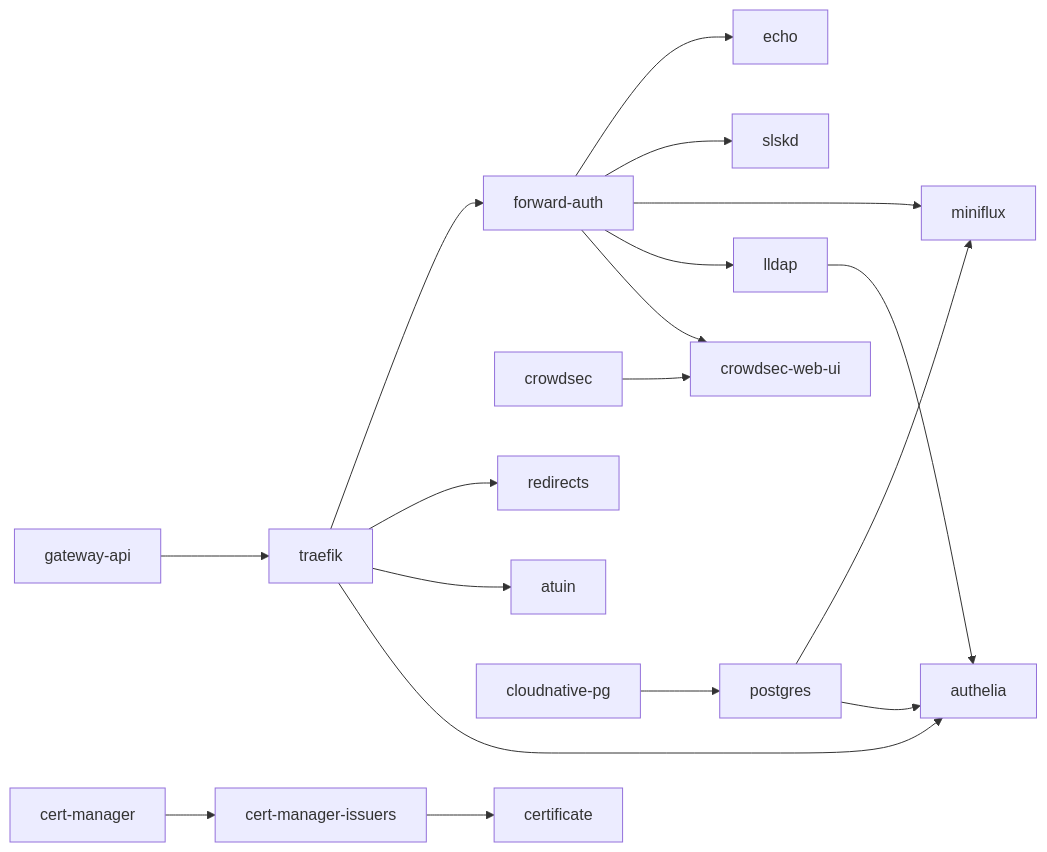
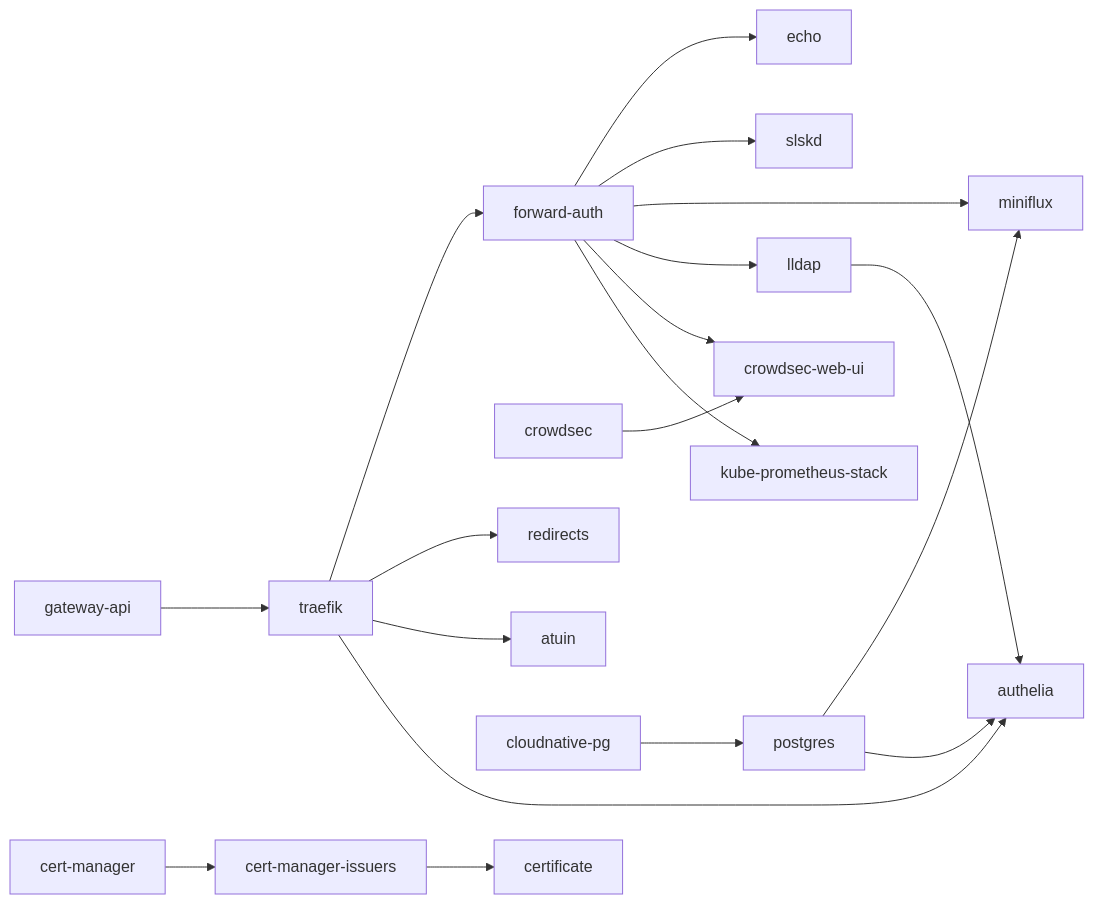
One commit to rafi/machines changed the third of 5 diagrams in docs/architecture.md. Above: the diagram before and after it, drawn with Mermaid. The commit also changed other lines of this file and 4 other files, not shown here.

Commit message:
feat(kube): expose Grafana, Prometheus and Alertmanager

````diff
--- a/docs/architecture.md
+++ b/docs/architecture.md
@@ -129,10 +129,10 @@
 ```mermaid
 flowchart LR
-  gw["gateway-api"] --> traefik --> fa["forward-auth"] --> echo & slskd & miniflux & lldap & webui["crowdsec-web-ui"]
+  gw["gateway-api"] --> traefik --> fa["forward-auth"] --> echo & slskd & miniflux & lldap & webui["crowdsec-web-ui"] & kps["kube-prometheus-stack"]
   crowdsec --> webui
   traefik --> redirects & atuin
   cnpg["cloudnative-pg"] --> postgres --> miniflux & authelia
   lldap --> authelia
   traefik --> authelia
   cm["cert-manager"] --> issuers["cert-manager-issuers"] --> certificate
 ```
````
